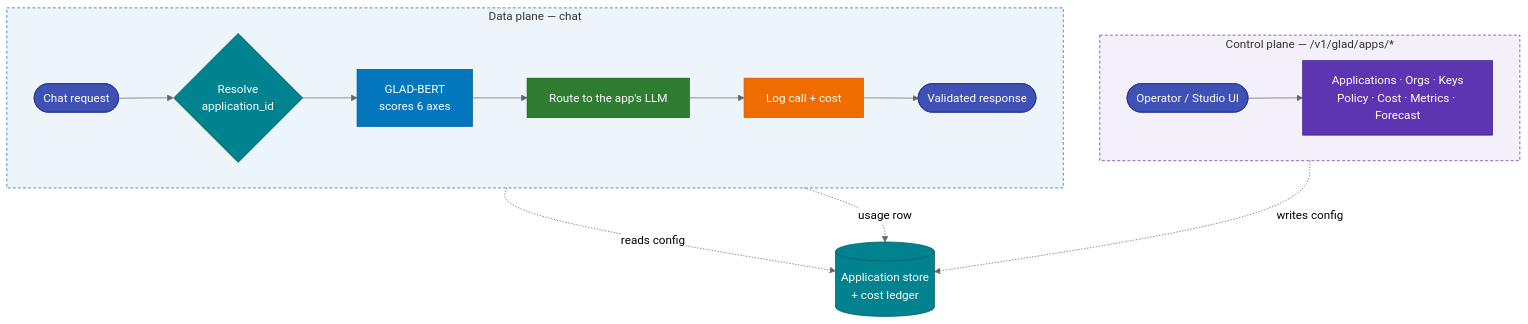
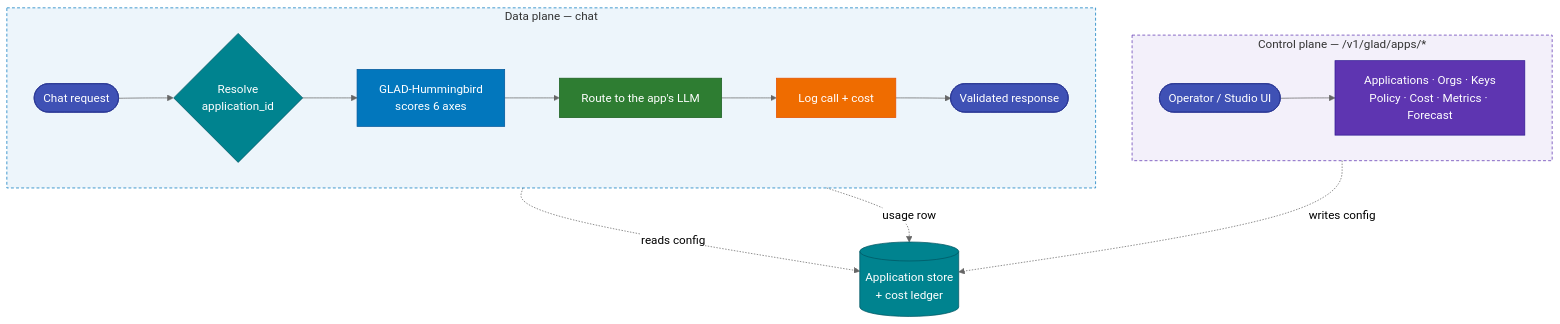
The diagram in docs/studio/index.md (geodesia-ai/geodesia-docs), drawn with Mermaid (neutral theme) before and after one commit. The commit also changed other lines of this file and 9 other files, not shown here.

First line of the commit message:
docs: name the detectors — GLAD-Hummingbird (fast 6-axis) + GLAD-Tapestry (deep scan)

````diff
--- a/docs/studio/index.md
+++ b/docs/studio/index.md
@@ -77,31 +77,31 @@
 ```mermaid
 flowchart TB
     subgraph CTRL [" Control plane — /v1/glad/apps/* "]
         direction LR
         OPS([Operator / Studio UI]):::ops --> API[Applications · Orgs · Keys<br/>Policy · Cost · Metrics · Forecast]:::ctrl
     end
 
     subgraph DATA [" Data plane — chat "]
         direction LR
         REQ([Chat request]):::io --> RES{Resolve<br/>application_id}:::res
-        RES --> GB[GLAD-BERT<br/>scores 6 axes]:::gb
+        RES --> GB[GLAD-Hummingbird<br/>scores 6 axes]:::gb
         GB --> LLM[Route to the app's LLM]:::llm
         LLM --> LOG[Log call + cost]:::log
         LOG --> OUT([Validated response]):::io
     end
 
     API -.->|writes config| STORE[(Application store<br/>+ cost ledger)]:::db
     RES -.->|reads config| STORE
     LOG -.->|usage row| STORE
 
     classDef ops fill:#3f51b5,color:#fff,stroke:#283593;
     classDef ctrl fill:#5e35b1,color:#fff,stroke:#311b92;
     classDef io fill:#3f51b5,color:#fff,stroke:#283593;
     classDef res fill:#00838f,color:#fff,stroke:#005662;
     classDef gb fill:#0277bd,color:#fff,stroke:#01579b;
     classDef llm fill:#2e7d32,color:#fff,stroke:#1b5e20;
     classDef log fill:#ef6c00,color:#fff,stroke:#e65100;
     classDef db fill:#00838f,color:#fff,stroke:#005662;
     style CTRL fill:#5e35b112,stroke:#5e35b1,stroke-dasharray:4 3;
     style DATA fill:#0277bd12,stroke:#0277bd,stroke-dasharray:4 3;
 ```
````
